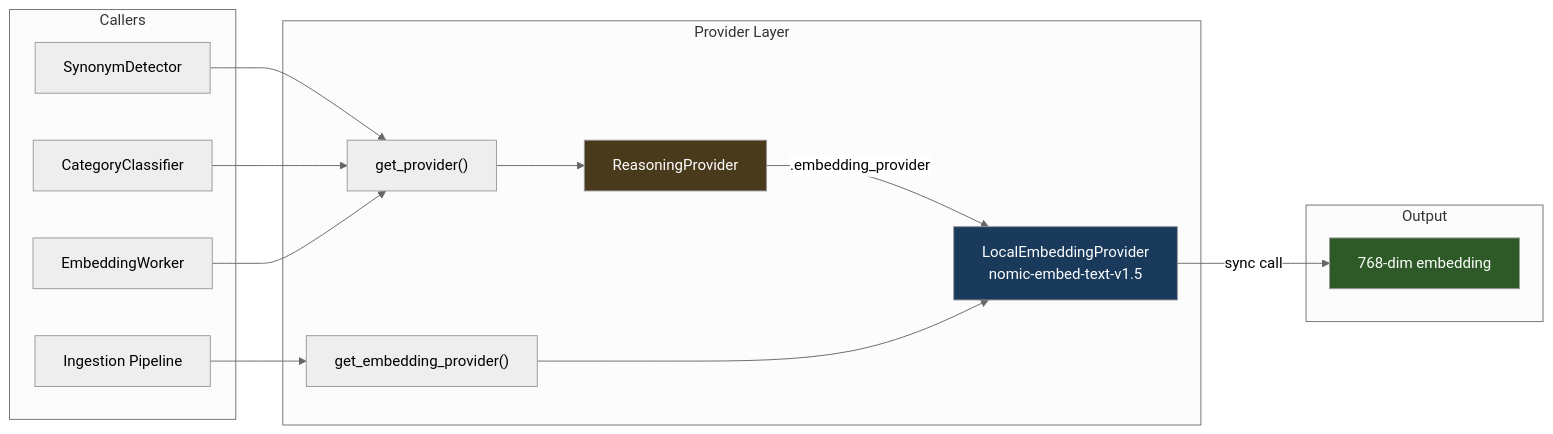
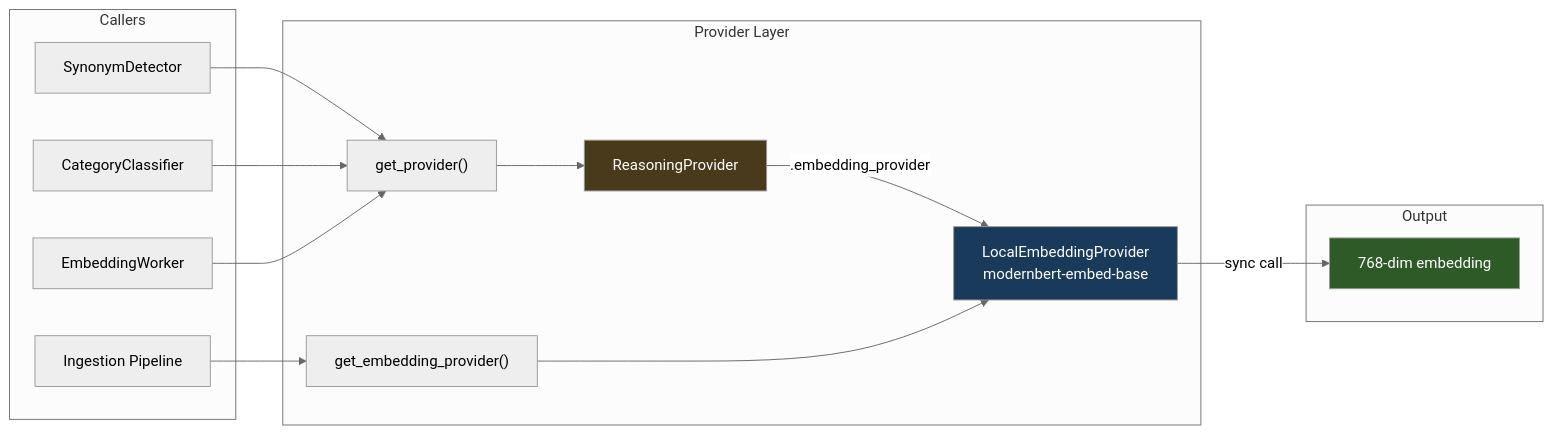
The third of 3 diagrams in docs/explanation/vocabulary-lifecycle.md (aaronsb/knowledge-graph-system), drawn with Mermaid (neutral theme) before and after one commit. The commit also changed other lines of this file and 16 other files, not shown here.

````diff
--- a/docs/explanation/vocabulary-lifecycle.md
+++ b/docs/explanation/vocabulary-lifecycle.md
@@ -119,28 +119,28 @@
 ```mermaid
 flowchart LR
     subgraph Callers
         SW[SynonymDetector]
         CC[CategoryClassifier]
         EW[EmbeddingWorker]
         ING[Ingestion Pipeline]
     end
 
     subgraph Provider Layer
         GP["get_provider()"] --> RP[ReasoningProvider]
         RP -->|".embedding_provider"| LP
-        GEP["get_embedding_provider()"] --> LP[LocalEmbeddingProvider<br/>nomic-embed-text-v1.5]
+        GEP["get_embedding_provider()"] --> LP[LocalEmbeddingProvider<br/>modernbert-embed-base]
     end
 
     subgraph Output
         LP -->|sync call| EMB["768-dim embedding"]
     end
 
     SW --> GP
     CC --> GP
     EW --> GP
     ING --> GEP
 
     style LP fill:#1a3a5c,color:#fff
     style EMB fill:#2d5a27,color:#fff
     style RP fill:#4a3a1c,color:#fff
 ```
````
